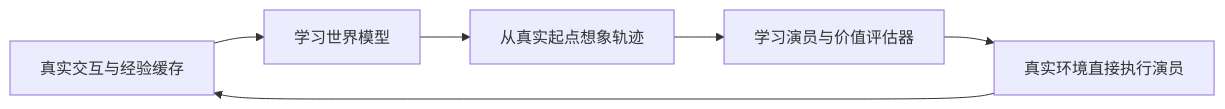
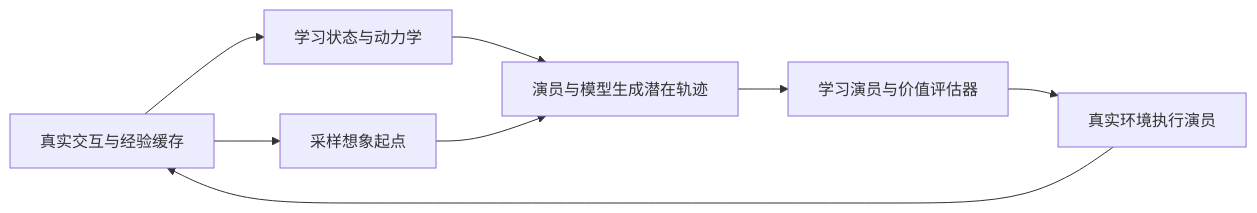
Before and after one commit to niuverse/llm-wiki: the diagram in wiki/concepts/ImaginedPolicyLearning.md, drawn with Mermaid. The commit also changed other lines of this file and 317 other files, not shown here.

````diff
--- a/wiki/concepts/ImaginedPolicyLearning.md
+++ b/wiki/concepts/ImaginedPolicyLearning.md
@@ -48,8 +20,10 @@
 ```mermaid
 flowchart LR
-  A[真实交互与经验缓存] --> B[学习世界模型]
-  B --> C[从真实起点想象轨迹]
-  C --> D[学习演员与价值评估器]
-  D --> E[真实环境直接执行演员]
-  E --> A
+  A[真实交互与经验缓存] --> B[学习状态与动力学]
+  A --> C[采样想象起点]
+  B --> D[演员与模型生成潜在轨迹]
+  C --> D
+  D --> E[学习演员与价值评估器]
+  E --> F[真实环境执行演员]
+  F --> A
 ```
````
